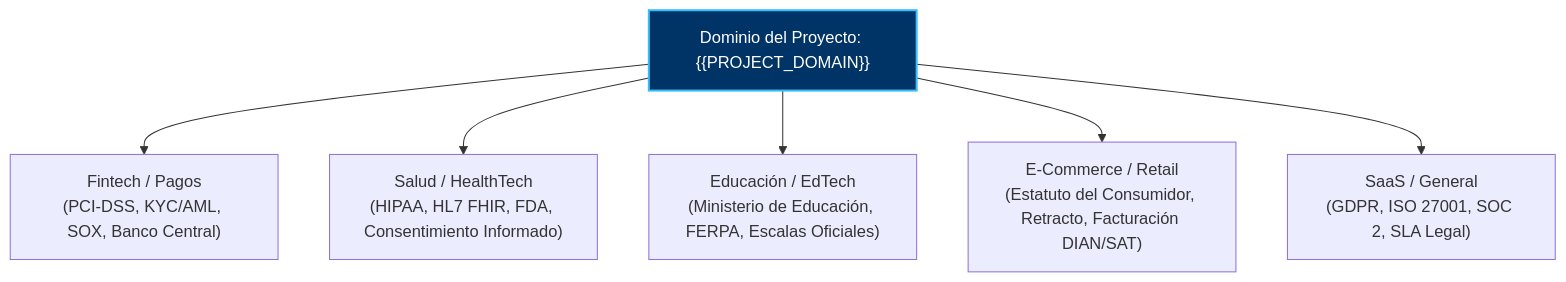
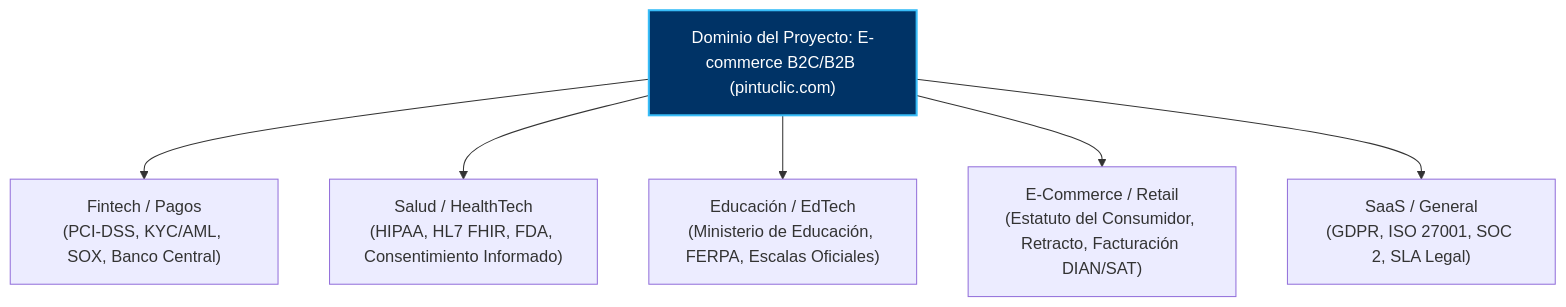
The diagram in .sdlc/multiAgents/01_product_manager/subroles/02_legal_domain_compliance.md (pintuclic/pintuclic.com), drawn with Mermaid before and after one commit. The commit also changed 9 other files, not shown here.

````diff
--- a/.sdlc/multiAgents/01_product_manager/subroles/02_legal_domain_compliance.md
+++ b/.sdlc/multiAgents/01_product_manager/subroles/02_legal_domain_compliance.md
@@ -28,12 +28,12 @@
 ```mermaid
 graph TD
-    Dom["Dominio del Proyecto: {{PROJECT_DOMAIN}}"]
+    Dom["Dominio del Proyecto: E-commerce B2C/B2B (pintuclic.com)"]
     
     Dom --> F["Fintech / Pagos<br/>(PCI-DSS, KYC/AML, SOX, Banco Central)"]
     Dom --> H["Salud / HealthTech<br/>(HIPAA, HL7 FHIR, FDA, Consentimiento Informado)"]
     Dom --> E["Educación / EdTech<br/>(Ministerio de Educación, FERPA, Escalas Oficiales)"]
     Dom --> C["E-Commerce / Retail<br/>(Estatuto del Consumidor, Retracto, Facturación DIAN/SAT)"]
     Dom --> S["SaaS / General<br/>(GDPR, ISO 27001, SOC 2, SLA Legal)"]
 
     style Dom fill:#003366,stroke:#38bdf8,stroke-width:2px,color:#ffffff
 ```
````
